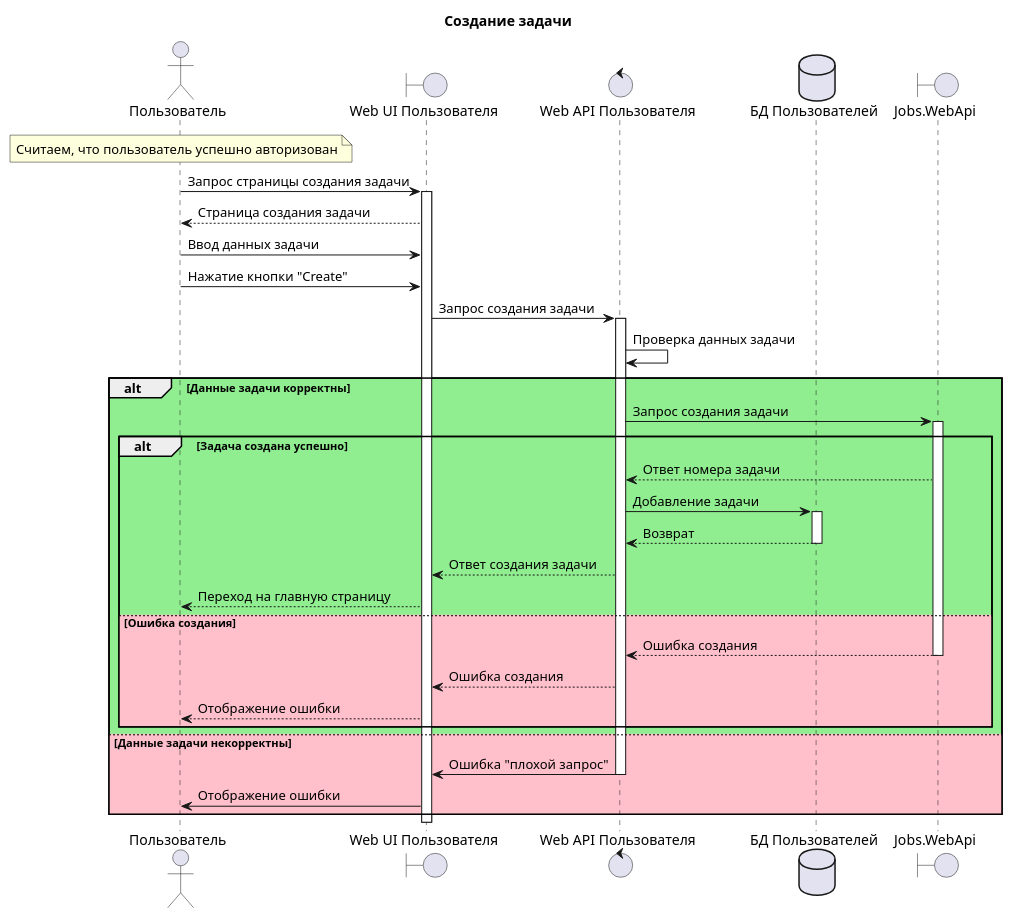
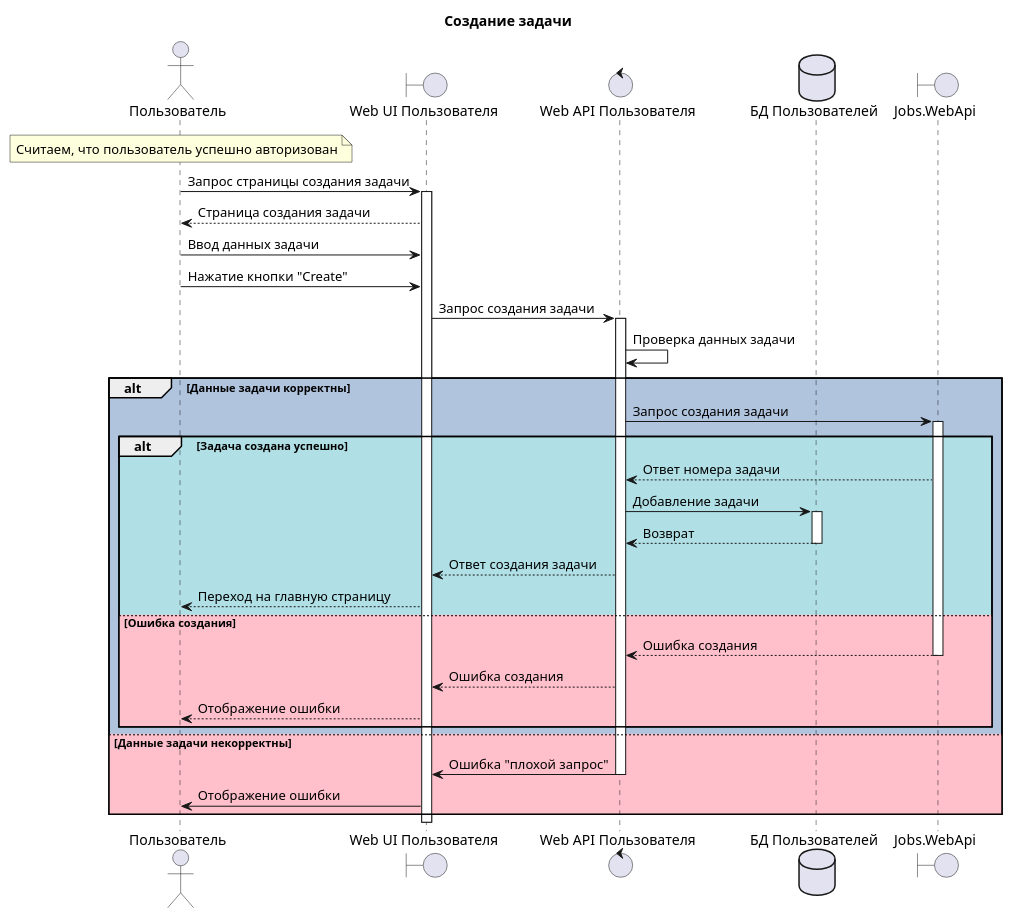
One commit to mrypdm/JobSystem changed the third of 5 diagrams in docs/diagrams/sequence/User.WebApp.puml. Above: the diagram before and after it, drawn with PlantUML. The commit also changed other lines of this file and 2 other files, not shown here.

```diff
--- a/docs/diagrams/sequence/User.WebApp.puml
+++ b/docs/diagrams/sequence/User.WebApp.puml
@@ -77,47 +102,47 @@
 @startuml User job creation
 
 title Создание задачи
 
 actor Пользователь as USER
 note over USER: Считаем, что пользователь успешно авторизован
 
 boundary "Web UI Пользователя" as UI
 control "Web API Пользователя" as API
 database "БД Пользователей" as DB
 boundary "Jobs.WebApi" as JOBS
 
 USER -> UI++: Запрос страницы создания задачи
 UI --> USER: Страница создания задачи
 USER -> UI: Ввод данных задачи
 USER -> UI: Нажатие кнопки "Create"
 UI -> API++: Запрос создания задачи
 API -> API: Проверка данных задачи
 
-alt #LightGreen Данные задачи корректны
+alt #LightSteelBlue Данные задачи корректны
 
     API -> JOBS++: Запрос создания задачи
 
-    alt #LightGreen Задача создана успешно
+    alt #PowderBlue Задача создана успешно
 
         JOBS --> API: Ответ номера задачи
         API -> DB++: Добавление задачи
         DB --> API--: Возврат
         API --> UI: Ответ создания задачи
         UI --> USER: Переход на главную страницу
 
     else #Pink Ошибка создания
 
         JOBS --> API--: Ошибка создания
         API --> UI: Ошибка создания
         UI --> USER: Отображение ошибки
 
     end
 
 else #Pink Данные задачи некорректны
 
     API -> UI--: Ошибка "плохой запрос"
     UI -> USER: Отображение ошибки
 
 end
 
 @enduml
```
